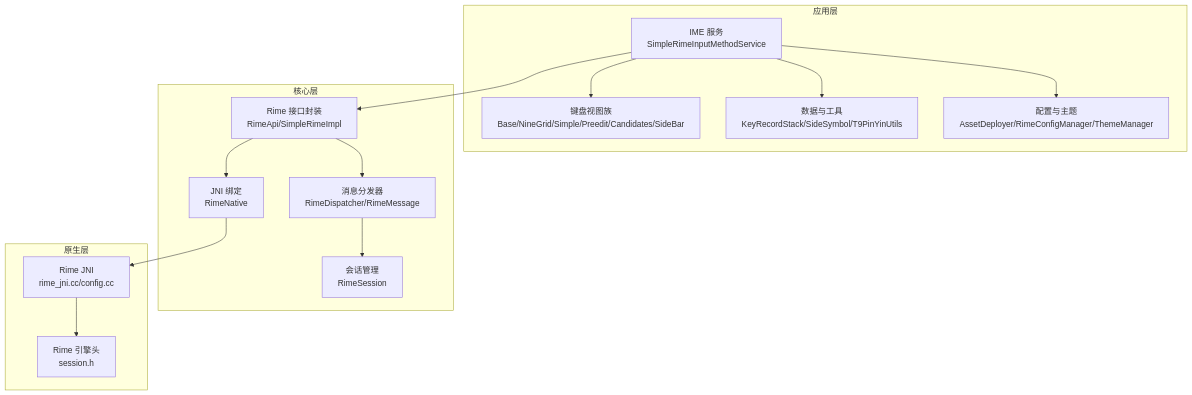
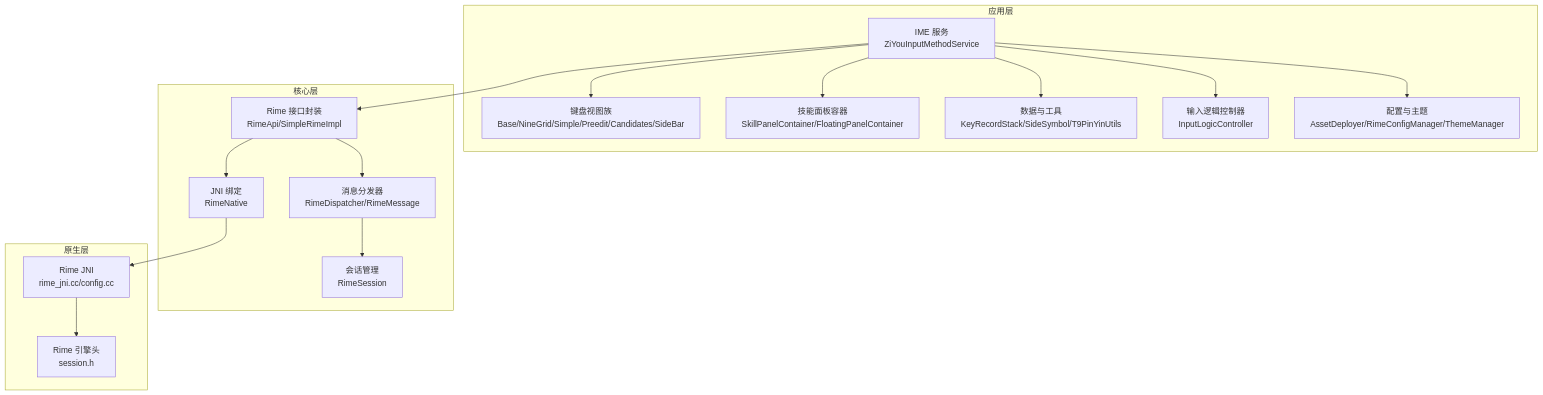
Before and after one commit to qiaodashaoye/ziyou-ime: the first of 6 diagrams in .qoder/repowiki/zh/content/输入法服务.md, drawn with Mermaid. The commit also changed other lines of this file and 28 other files, not shown here.

````diff
--- a/.qoder/repowiki/zh/content/输入法服务.md
+++ b/.qoder/repowiki/zh/content/输入法服务.md
@@ -56,28 +68,32 @@
 ```mermaid
 graph TB
 subgraph "应用层"
-A["IME 服务<br/>SimpleRimeInputMethodService"]
+A["IME 服务<br/>ZiYouInputMethodService"]
 B["键盘视图族<br/>Base/NineGrid/Simple/Preedit/Candidates/SideBar"]
-C["数据与工具<br/>KeyRecordStack/SideSymbol/T9PinYinUtils"]
-D["配置与主题<br/>AssetDeployer/RimeConfigManager/ThemeManager"]
+C["技能面板容器<br/>SkillPanelContainer/FloatingPanelContainer"]
+D["数据与工具<br/>KeyRecordStack/SideSymbol/T9PinYinUtils"]
+E["输入逻辑控制器<br/>InputLogicController"]
+F["配置与主题<br/>AssetDeployer/RimeConfigManager/ThemeManager"]
 end
 subgraph "核心层"
-E["Rime 接口封装<br/>RimeApi/SimpleRimeImpl"]
-F["消息分发器<br/>RimeDispatcher/RimeMessage"]
-G["JNI 绑定<br/>RimeNative"]
-H["会话管理<br/>RimeSession"]
+G["Rime 接口封装<br/>RimeApi/SimpleRimeImpl"]
+H["消息分发器<br/>RimeDispatcher/RimeMessage"]
+I["JNI 绑定<br/>RimeNative"]
+J["会话管理<br/>RimeSession"]
 end
 subgraph "原生层"
-I["Rime JNI<br/>rime_jni.cc/config.cc"]
-J["Rime 引擎头<br/>session.h"]
+K["Rime JNI<br/>rime_jni.cc/config.cc"]
+L["Rime 引擎头<br/>session.h"]
 end
 A --> B
 A --> C
 A --> D
 A --> E
-E --> F
-E --> G
-F --> H
+A --> F
+A --> G
+G --> H
 G --> I
-I --> J
+H --> J
+I --> K
+K --> L
 ```
````
